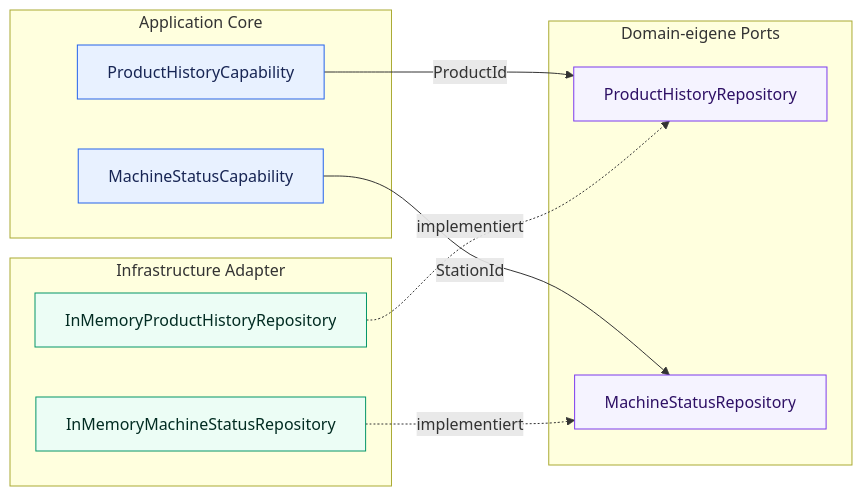
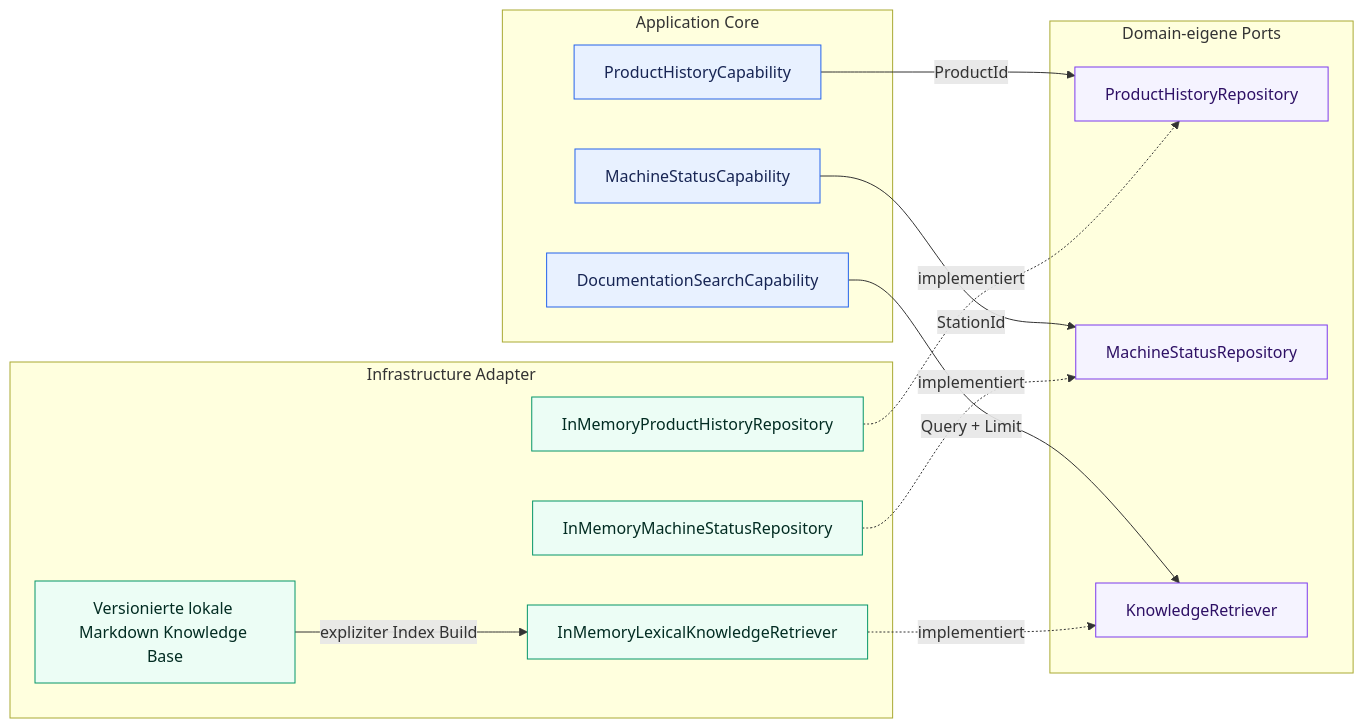
The first of 8 diagrams in docs/architecture/overview.de.md (aboerzel/industrial-ai-agent), drawn with Mermaid before and after one commit. The commit also changed other lines of this file and 19 other files, not shown here.

Commit message:
feat: add lexical knowledge retrieval baseline

````diff
--- a/docs/architecture/overview.de.md
+++ b/docs/architecture/overview.de.md
@@ -14,29 +16,36 @@
 ```mermaid
 flowchart LR
     subgraph Core["Application Core"]
         PHC["ProductHistoryCapability"]
         MSC["MachineStatusCapability"]
+        DSC["DocumentationSearchCapability"]
     end
 
     subgraph Ports["Domain-eigene Ports"]
         PHR["ProductHistoryRepository"]
         MSR["MachineStatusRepository"]
+        KR["KnowledgeRetriever"]
     end
 
     subgraph Infrastructure["Infrastructure Adapter"]
         PHM["InMemoryProductHistoryRepository"]
         MSM["InMemoryMachineStatusRepository"]
+        LKR["InMemoryLexicalKnowledgeRetriever"]
+        KB["Versionierte lokale Markdown Knowledge Base"]
     end
 
     PHC -->|"ProductId"| PHR
     MSC -->|"StationId"| MSR
+    DSC -->|"Query + Limit"| KR
     PHM -.->|"implementiert"| PHR
     MSM -.->|"implementiert"| MSR
+    LKR -.->|"implementiert"| KR
+    KB -->|"expliziter Index Build"| LKR
 
     classDef core fill:#e8f1ff,stroke:#2563eb,color:#172554
     classDef port fill:#f5f3ff,stroke:#7c3aed,color:#2e1065
     classDef adapter fill:#ecfdf5,stroke:#059669,color:#022c22
-    class PHC,MSC core
-    class PHR,MSR port
-    class PHM,MSM adapter
+    class PHC,MSC,DSC core
+    class PHR,MSR,KR port
+    class PHM,MSM,LKR,KB adapter
 ```
````
